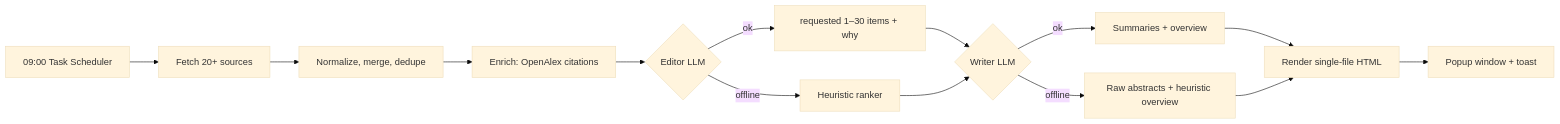
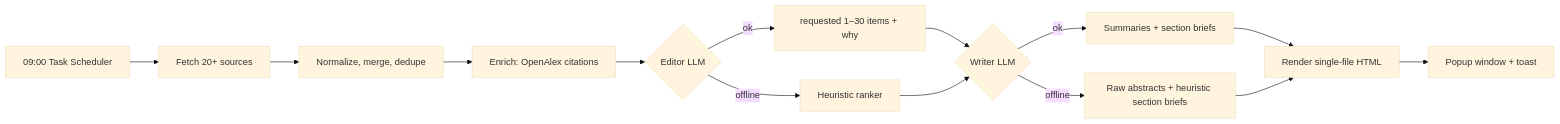
The diagram in README.md (LePhuQuy05/daily-digest), drawn with Mermaid (base theme) before and after one commit. The commit also changed other lines of this file and 27 other files, not shown here.

````diff
--- a/README.md
+++ b/README.md
@@ -63,16 +63,16 @@
 ```mermaid
 flowchart LR
     A[09:00 Task Scheduler] --> B[Fetch 20+ sources]
     B --> C[Normalize, merge, dedupe]
     C --> D[Enrich: OpenAlex citations]
     D --> E{Editor LLM}
     E -->|ok| F[requested 1–30 items + why]
     E -->|offline| G[Heuristic ranker]
     F --> H{Writer LLM}
     G --> H
-    H -->|ok| I[Summaries + overview]
-    H -->|offline| J[Raw abstracts + heuristic overview]
+    H -->|ok| I[Summaries + section briefs]
+    H -->|offline| J[Raw abstracts + heuristic section briefs]
     I --> K[Render single-file HTML]
     J --> K
     K --> L[Popup window + toast]
 ```
````
